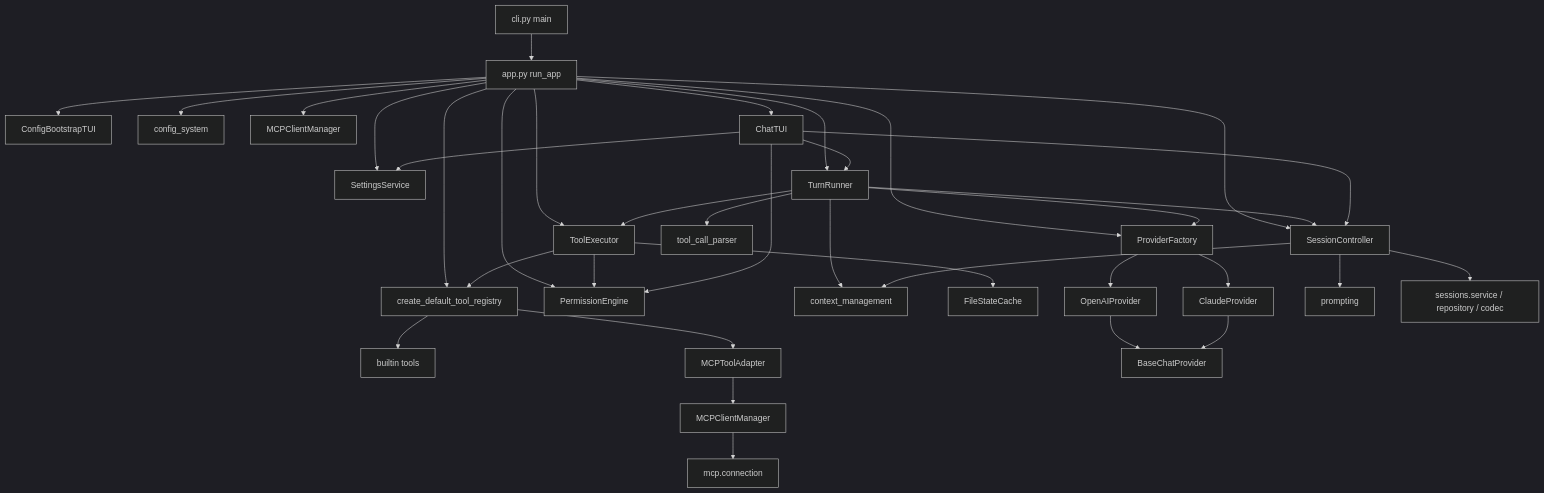
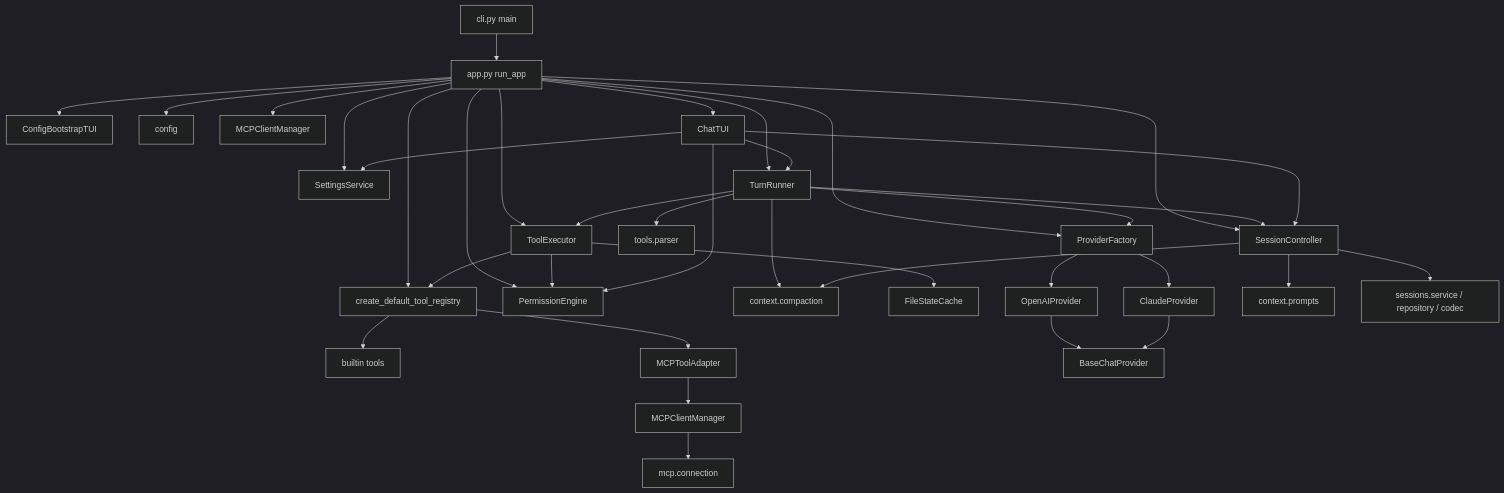
One commit to LangYiSheng/LanCher-Code changed the first of 2 diagrams in docs/architecture.md. Above: the diagram before and after it, drawn with Mermaid (dark theme). The commit also changed other lines of this file and 315 other files, not shown here.

````diff
--- a/docs/architecture.md
+++ b/docs/architecture.md
@@ -53,39 +55,39 @@
 ```mermaid
 graph TD
     CLI[cli.py main] --> APP[app.py run_app]
     APP --> BS[ConfigBootstrapTUI]
-    APP --> CFG[config_system]
+    APP --> CFG[config]
     APP --> SVC[SessionController]
     APP --> PF[ProviderFactory]
     APP --> REG[create_default_tool_registry]
     APP --> MCP[MCPClientManager]
     APP --> PE[PermissionEngine]
     APP --> SS[SettingsService]
     APP --> TE[ToolExecutor]
     APP --> TR[TurnRunner]
     APP --> TUI[ChatTUI]
 
     TR --> SVC
     TR --> PF
     TR --> TE
-    TR --> CM[context_management]
-    TR --> TCP[tool_call_parser]
+    TR --> CM[context.compaction]
+    TR --> TCP[tools.parser]
     TE --> REG
     TE --> PE
     TE --> FS[FileStateCache]
     REG --> B1[builtin tools]
     REG --> AD[MCPToolAdapter]
     AD --> MC[MCPClientManager]
     MC --> MCON[mcp.connection]
     PF --> OAI[OpenAIProvider]
     PF --> CLA[ClaudeProvider]
     OAI --> BASE[BaseChatProvider]
     CLA --> BASE
-    SVC --> PR[prompting]
+    SVC --> PR[context.prompts]
     SVC --> CM
     SVC --> ST[sessions.service / repository / codec]
     TUI --> TR
     TUI --> SVC
     TUI --> PE
     TUI --> SS
 ```
````
